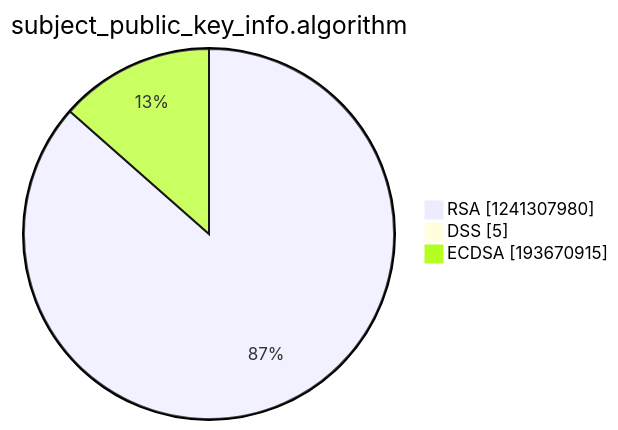
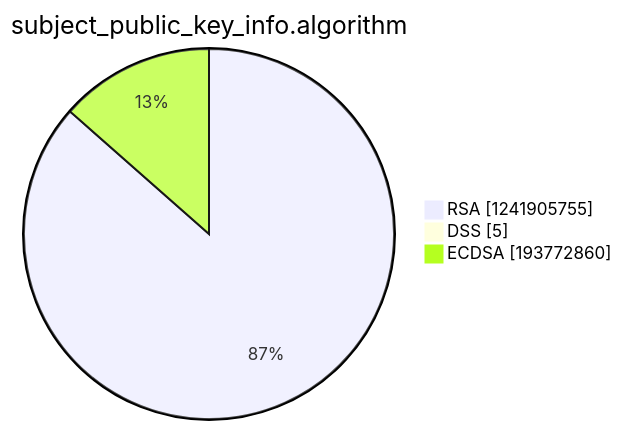
The third of 15 diagrams in argon2022/README.md (christiankrug/ctmonitor_visualization), drawn with Mermaid before and after one commit. The commit also changed other lines of this file, not shown here.

````diff
--- a/argon2022/README.md
+++ b/argon2022/README.md
@@ -14,7 +14,7 @@
 ```mermaid
 pie showData
 title subject_public_key_info.algorithm
-"RSA" :1241307980
+"RSA" :1241905755
 "DSS" :5
-"ECDSA" :193670915
+"ECDSA" :193772860
 ```
````
